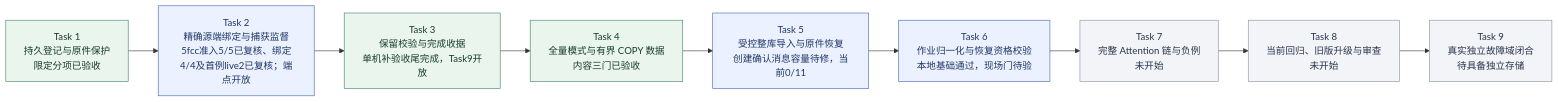
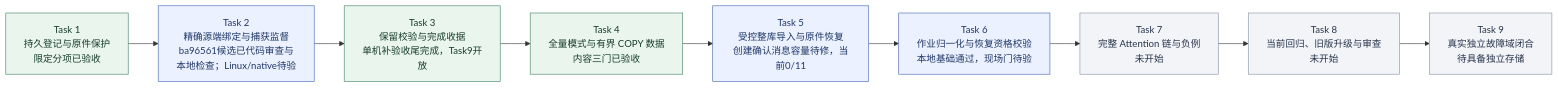
One commit to MansurnamedZhang/learning-system-p0c4 changed the second of 9 diagrams in docs/KnowWeave实施路线与系统架构.md. Above: the diagram before and after it, drawn with Mermaid. The commit also changed other lines of this file and 7 other files, not shown here.

````diff
--- a/docs/KnowWeave实施路线与系统架构.md
+++ b/docs/KnowWeave实施路线与系统架构.md
@@ -72,26 +72,26 @@
 ```mermaid
 flowchart LR
     C4T1["Task 1<br/>持久登记与原件保护<br/>限定分项已验收"]
-    C4T2["Task 2<br/>精确源端绑定与捕获监督<br/>5fcc准入5/5已复核、绑定4/4及首例live2已复核；端点开放"]
+    C4T2["Task 2<br/>精确源端绑定与捕获监督<br/>ba96561候选已代码审查与本地检查；Linux/native待验"]
     C4T3["Task 3<br/>保留校验与完成收据<br/>单机补验收尾完成，Task9开放"]
     C4T4["Task 4<br/>全量模式与有界 COPY 数据<br/>内容三门已验收"]
     C4T5["Task 5<br/>受控整库导入与原件恢复<br/>创建确认消息容量待修，当前0/11"]
     C4T6["Task 6<br/>作业归一化与恢复资格校验<br/>本地基础通过，现场门待验"]
     C4T7["Task 7<br/>完整 Attention 链与负例<br/>未开始"]
     C4T8["Task 8<br/>当前回归、旧版升级与审查<br/>未开始"]
     C4T9["Task 9<br/>真实独立故障域闭合<br/>待具备独立存储"]
     C4T1 --> C4T2
     C4T2 --> C4T3
     C4T3 --> C4T4
     C4T4 --> C4T5
     C4T5 --> C4T6
     C4T6 --> C4T7
     C4T7 --> C4T8
     C4T8 --> C4T9
     class C4T1,C4T3,C4T4 done
     class C4T2,C4T5,C4T6 next
     class C4T7,C4T8,C4T9 planned
     classDef done fill:#eaf5ee,stroke:#438363,color:#173d2b
     classDef next fill:#ebf1ff,stroke:#4365b4,color:#203866
     classDef planned fill:#f2f4f8,stroke:#8591a3,color:#28354b
 ```
````
